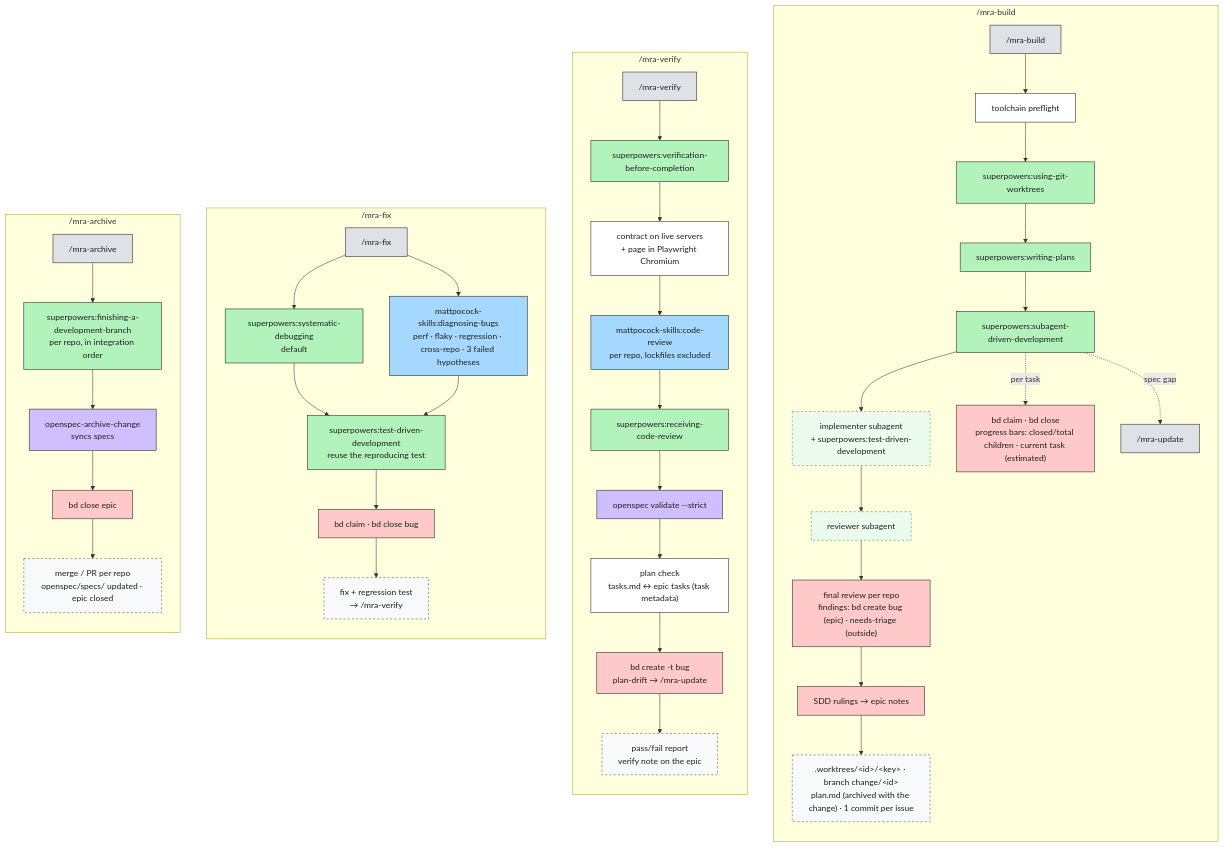
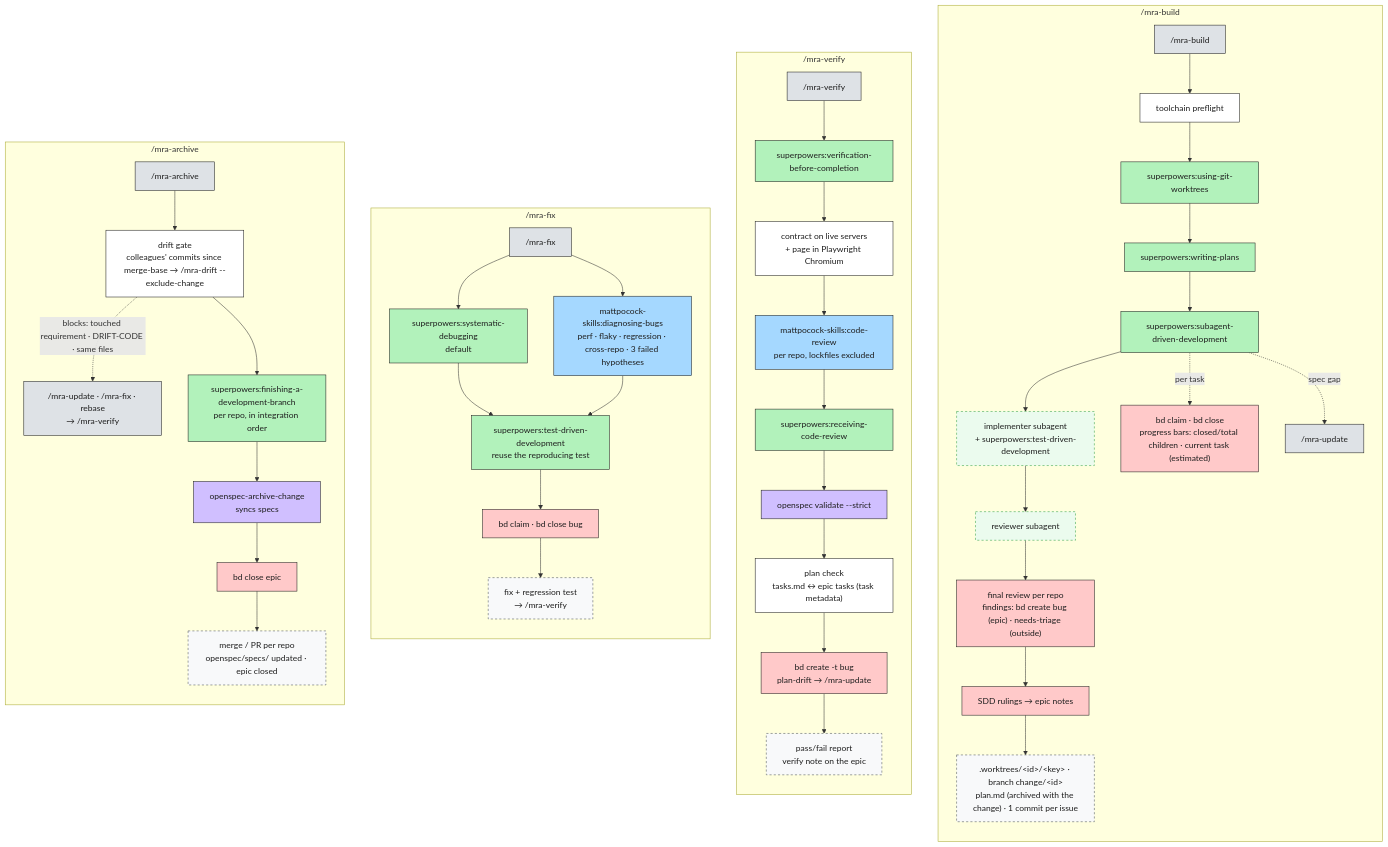
The third of 5 diagrams in payload/orchestrator/.mra-flow/docs/mra-flow.md (Ancora-Ancora/mra-flow), drawn with Mermaid before and after one commit. The commit also changed other lines of this file and 4 other files, not shown here.

First line of the commit message:
Gate /mra-archive on spec drift since the change branched; release 0.1.15

````diff
--- a/payload/orchestrator/.mra-flow/docs/mra-flow.md
+++ b/payload/orchestrator/.mra-flow/docs/mra-flow.md
@@ -106,53 +107,55 @@
 ```mermaid
 flowchart TB
     classDef phase fill:#dee2e6,stroke:#1e1e1e,color:#1e1e1e
     classDef mpwrap fill:#ffec99,stroke:#1e1e1e,color:#1e1e1e
     classDef sp fill:#b2f2bb,stroke:#1e1e1e,color:#1e1e1e
     classDef mp fill:#a5d8ff,stroke:#1e1e1e,color:#1e1e1e
     classDef os fill:#d0bfff,stroke:#1e1e1e,color:#1e1e1e
     classDef bd fill:#ffc9c9,stroke:#1e1e1e,color:#1e1e1e
     classDef art fill:#f8f9fa,stroke:#495057,stroke-dasharray:4 4,color:#1e1e1e
     classDef sub fill:#ebfbee,stroke:#2f9e44,stroke-dasharray:4 4,color:#1e1e1e
     classDef step fill:#ffffff,stroke:#1e1e1e,color:#1e1e1e
 
     subgraph BU["/mra-build"]
         direction TB
         bu["/mra-build"]:::phase --> bu0["toolchain preflight"]:::step
         bu0 --> bu1["superpowers:using-git-worktrees"]:::sp
         bu1 --> bu2["superpowers:writing-plans"]:::sp
         bu2 --> bu3["superpowers:subagent-driven-development"]:::sp
         bu3 --> bu4["implementer subagent<br/>+ superpowers:test-driven-development"]:::sub
         bu4 --> bu5["reviewer subagent"]:::sub
         bu3 -. per task .-> bu6["bd claim · bd close<br/>progress bars: closed/total children · current task (estimated)"]:::bd
         bu3 -. spec gap .-> bu7["/mra-update"]:::phase
         bu5 --> bu8["final review per repo<br/>findings: bd create bug (epic) · needs-triage (outside)"]:::bd
         bu8 --> bu9["SDD rulings → epic notes"]:::bd
         bu9 --> buA[".worktrees/#lt;id#gt;/#lt;key#gt; · branch change/#lt;id#gt;<br/>plan.md (archived with the change) · 1 commit per issue"]:::art
     end
     subgraph VE["/mra-verify"]
         direction TB
         ve["/mra-verify"]:::phase --> ve1["superpowers:verification-before-completion"]:::sp
         ve1 --> ve6["contract on live servers<br/>+ page in Playwright Chromium"]:::step
         ve6 --> ve2["mattpocock-skills:code-review<br/>per repo, lockfiles excluded"]:::mp
         ve2 --> ve3["superpowers:receiving-code-review"]:::sp
         ve3 --> ve4["openspec validate --strict"]:::os
         ve4 --> ve7["plan check<br/>tasks.md ↔ epic tasks (task metadata)"]:::step
         ve7 --> ve5["bd create -t bug<br/>plan-drift → /mra-update"]:::bd
         ve5 --> veA["pass/fail report<br/>verify note on the epic"]:::art
     end
     subgraph FX["/mra-fix"]
         direction TB
         fx["/mra-fix"]:::phase --> fx1["superpowers:systematic-debugging<br/>default"]:::sp
         fx --> fx2["mattpocock-skills:diagnosing-bugs<br/>perf · flaky · regression · cross-repo · 3 failed hypotheses"]:::mp
         fx1 & fx2 --> fx3["superpowers:test-driven-development<br/>reuse the reproducing test"]:::sp
         fx3 --> fx4["bd claim · bd close bug"]:::bd
         fx4 --> fxA["fix + regression test<br/>→ /mra-verify"]:::art
     end
     subgraph AR["/mra-archive"]
         direction TB
-        ar["/mra-archive"]:::phase --> ar1["superpowers:finishing-a-development-branch<br/>per repo, in integration order"]:::sp
+        ar["/mra-archive"]:::phase --> ar0["drift gate<br/>colleagues' commits since merge-base → /mra-drift --exclude-change"]:::step
+        ar0 -. "blocks: touched requirement · DRIFT-CODE · same files" .-> ar0b["/mra-update · /mra-fix · rebase<br/>→ /mra-verify"]:::phase
+        ar0 --> ar1["superpowers:finishing-a-development-branch<br/>per repo, in integration order"]:::sp
         ar1 --> ar2["openspec-archive-change<br/>syncs specs"]:::os
         ar2 --> ar3["bd close epic"]:::bd
         ar3 --> arA["merge / PR per repo<br/>openspec/specs/ updated · epic closed"]:::art
     end
 ```
````
